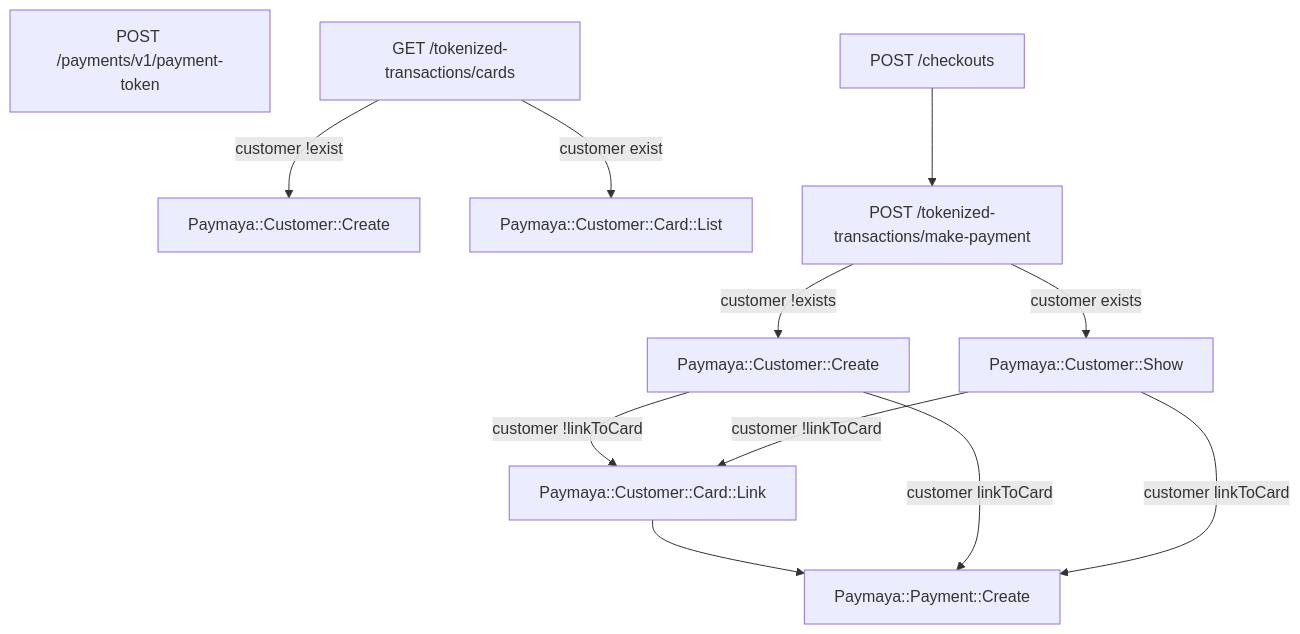
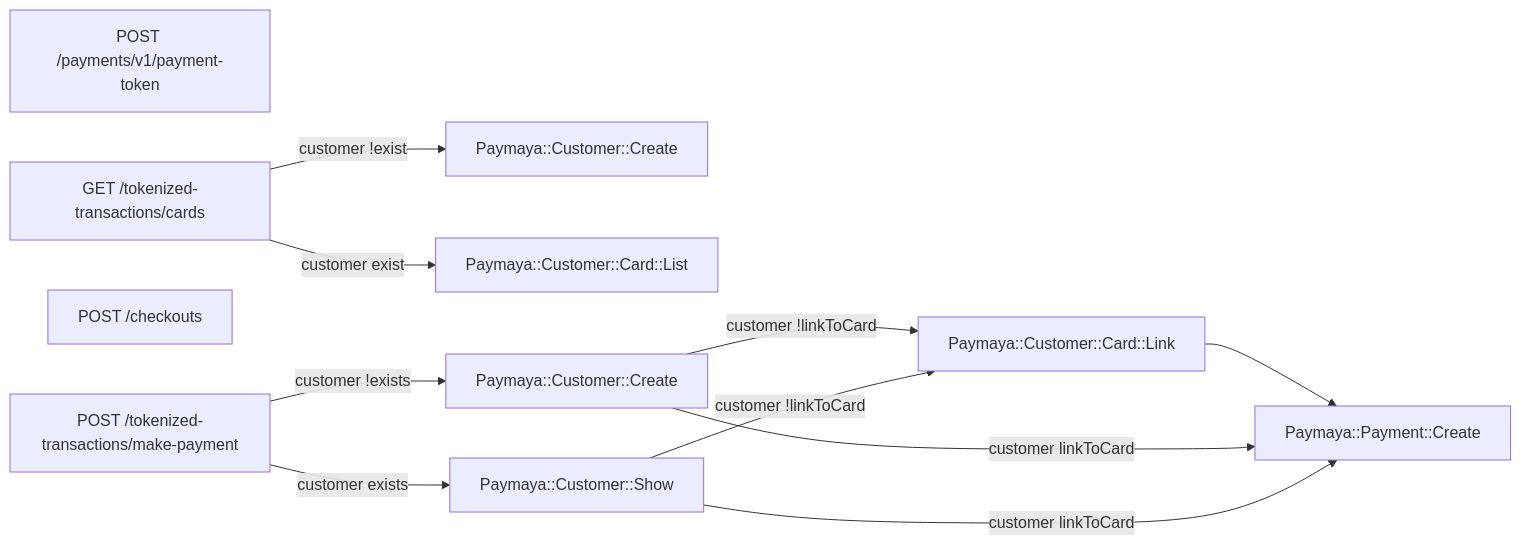
The diagram in maya-payment-card-flow.md (israelcoper/mermaid-diagram), drawn with Mermaid before and after one commit.

````diff
--- a/maya-payment-card-flow.md
+++ b/maya-payment-card-flow.md
@@ -2,18 +2,18 @@
 ```mermaid
 ---
 title:
 ---
-flowchart TB;
+flowchart LR;
     A[POST /payments/v1/payment-token];
     B[GET /tokenized-transactions/cards]-- customer !exist -->C[Paymaya::Customer::Create];
     B-- customer exist -->D[Paymaya::Customer::Card::List];
     E[POST /checkouts];
-    E-->F[POST /tokenized-transactions/make-payment];
+    F[POST /tokenized-transactions/make-payment];
     F-- customer !exists -->G[Paymaya::Customer::Create];
     G-- customer !linkToCard -->I[Paymaya::Customer::Card::Link];
     I-->J;
     G-- customer linkToCard -->J[Paymaya::Payment::Create];
     F-- customer exists -->H[Paymaya::Customer::Show];
     H-- customer !linkToCard -->I;
     H-- customer linkToCard -->J;
 ```
````
